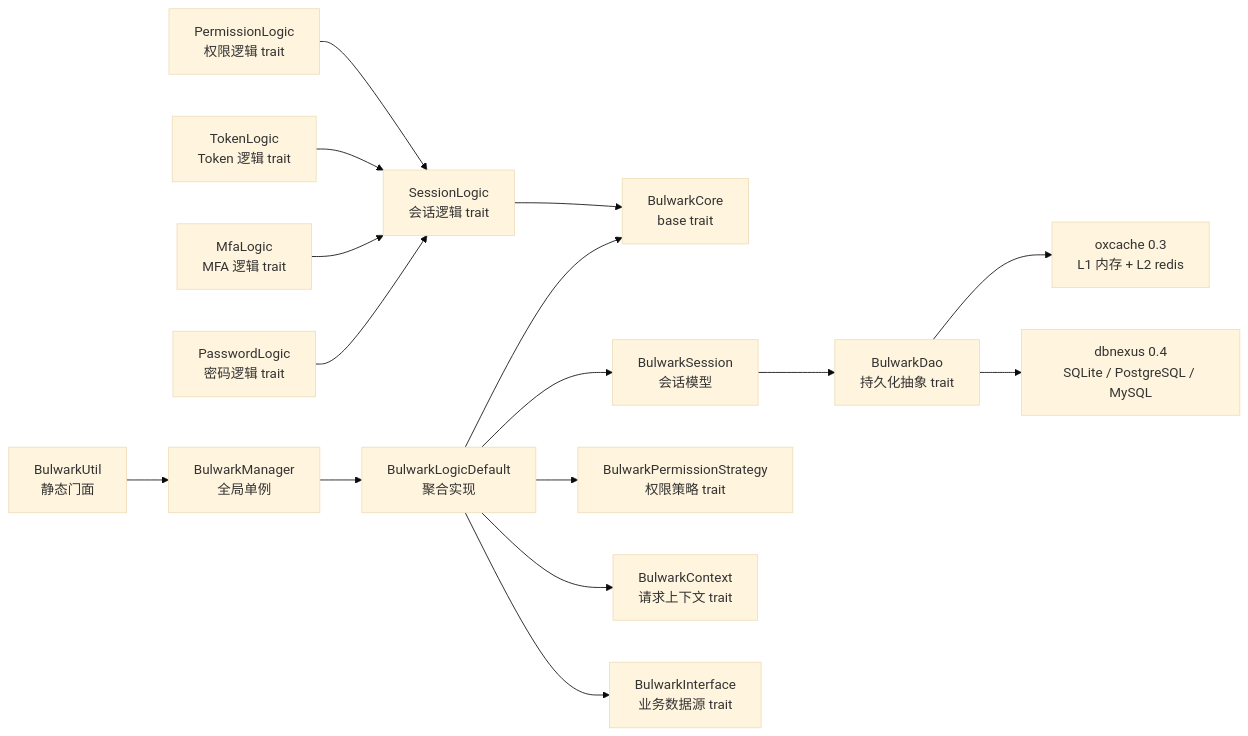
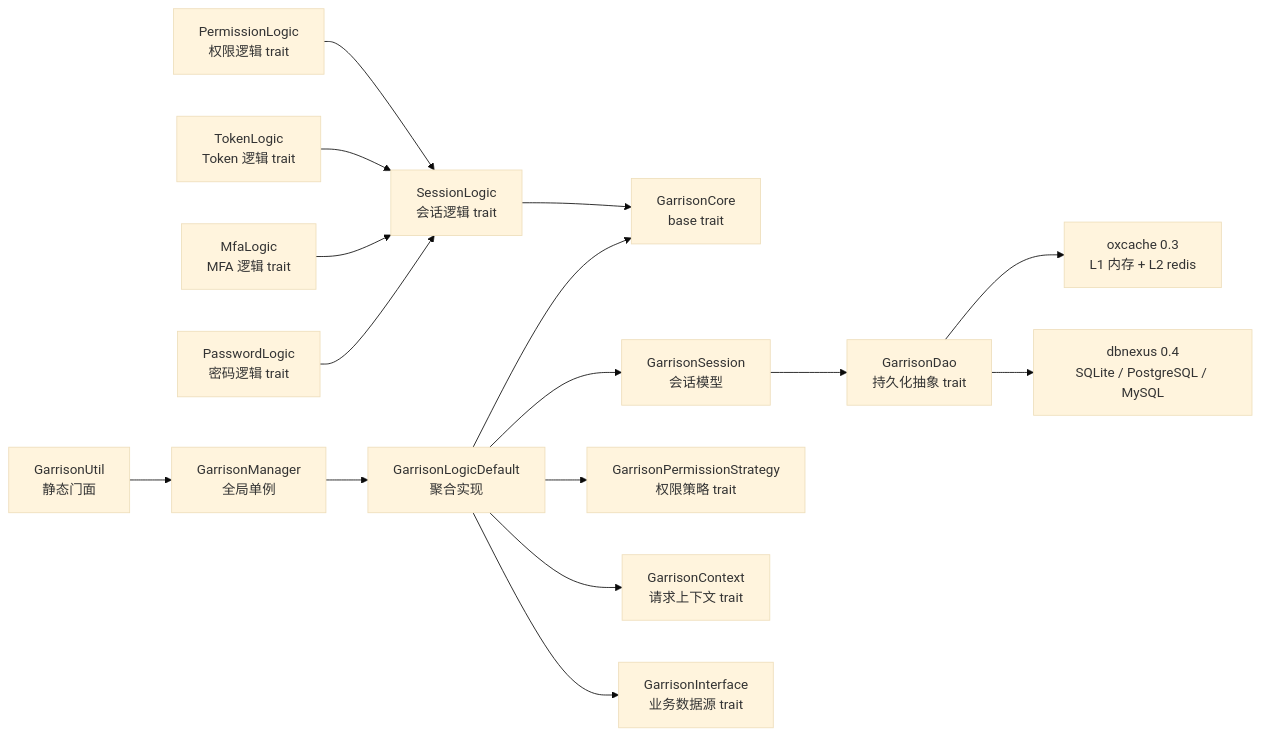
Before and after one commit to Kirky-X/garrison: the second of 3 diagrams in docs/ARCHITECTURE.md, drawn with Mermaid (base theme). The commit also changed other lines of this file and 538 other files, not shown here.

First line of the commit message:
refactor: rename crate bulwark → garrison

````diff
--- a/docs/ARCHITECTURE.md
+++ b/docs/ARCHITECTURE.md
@@ -163,32 +163,32 @@
 ```mermaid
 graph LR
-    BC[BulwarkCore<br/>base trait]
+    BC[GarrisonCore<br/>base trait]
     SL[SessionLogic<br/>会话逻辑 trait]
     PL[PermissionLogic<br/>权限逻辑 trait]
     TL[TokenLogic<br/>Token 逻辑 trait]
     ML[MfaLogic<br/>MFA 逻辑 trait]
     PWL[PasswordLogic<br/>密码逻辑 trait]
-    BI[BulwarkInterface<br/>业务数据源 trait]
-    BD[BulwarkDao<br/>持久化抽象 trait]
-    BS[BulwarkSession<br/>会话模型]
-    BCtx[BulwarkContext<br/>请求上下文 trait]
-    BFS[BulwarkPermissionStrategy<br/>权限策略 trait]
-    BM[BulwarkManager<br/>全局单例]
-    BU[BulwarkUtil<br/>静态门面]
+    BI[GarrisonInterface<br/>业务数据源 trait]
+    BD[GarrisonDao<br/>持久化抽象 trait]
+    BS[GarrisonSession<br/>会话模型]
+    BCtx[GarrisonContext<br/>请求上下文 trait]
+    BFS[GarrisonPermissionStrategy<br/>权限策略 trait]
+    BM[GarrisonManager<br/>全局单例]
+    BU[GarrisonUtil<br/>静态门面]
 
     BU --> BM
-    BM --> BLD[BulwarkLogicDefault<br/>聚合实现]
+    BM --> BLD[GarrisonLogicDefault<br/>聚合实现]
     BLD --> BC
     SL --> BC
     PL --> SL
     TL --> SL
     ML --> SL
     PWL --> SL
     BLD --> BS
     BLD --> BFS
     BLD --> BCtx
     BS --> BD
     BLD --> BI
     BD --> oxcache[oxcache 0.3<br/>L1 内存 + L2 redis]
     BD --> dbnexus[dbnexus 0.4<br/>SQLite / PostgreSQL / MySQL]
 ```
````
